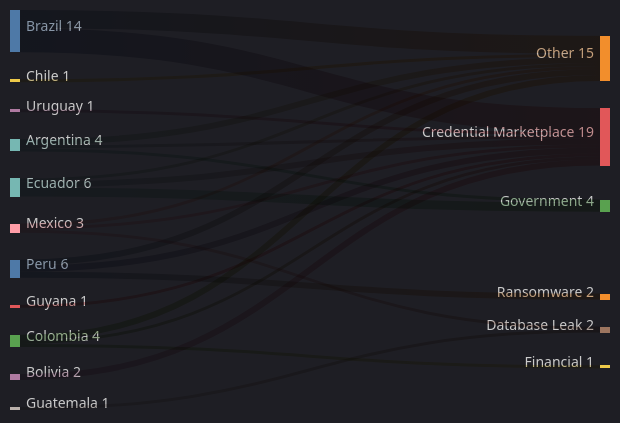
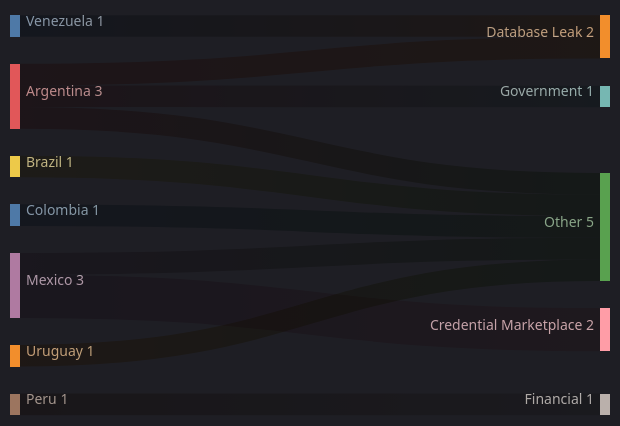
One commit to ZoqueLabs/website changed the third of 5 diagrams in exfiltradaz.md. Above: the diagram before and after it, drawn with Mermaid. The commit also changed other lines of this file, not shown here.

````diff
--- a/exfiltradaz.md
+++ b/exfiltradaz.md
@@ -92,29 +71,17 @@
 ```mermaid
 ---
 config:
   theme: dark
 ---
 sankey-beta
-  Brazil,Other,6
-  Brazil,Credential Marketplace,8
-  Ecuador,Other,1
-  Ecuador,Credential Marketplace,2
-  Ecuador,Government,3
-  Chile,Other,1
-  Uruguay,Credential Marketplace,1
-  Mexico,Database Leak,1
+  Venezuela,Database Leak,1
+  Argentina,Government,1
+  Argentina,Database Leak,1
+  Argentina,Other,1
+  Brazil,Other,1
   Mexico,Other,1
-  Mexico,Credential Marketplace,1
-  Guatemala,Database Leak,1
-  Peru,Credential Marketplace,2
-  Peru,Other,2
-  Peru,Ransomware,2
-  Guyana,Credential Marketplace,1
-  Argentina,Government,1
-  Argentina,Other,2
-  Argentina,Credential Marketplace,1
-  Colombia,Financial,1
-  Colombia,Credential Marketplace,1
-  Colombia,Other,2
-  Bolivia,Credential Marketplace,2
+  Mexico,Credential Marketplace,2
+  Peru,Financial,1
+  Colombia,Other,1
+  Uruguay,Other,1
 ```
````
